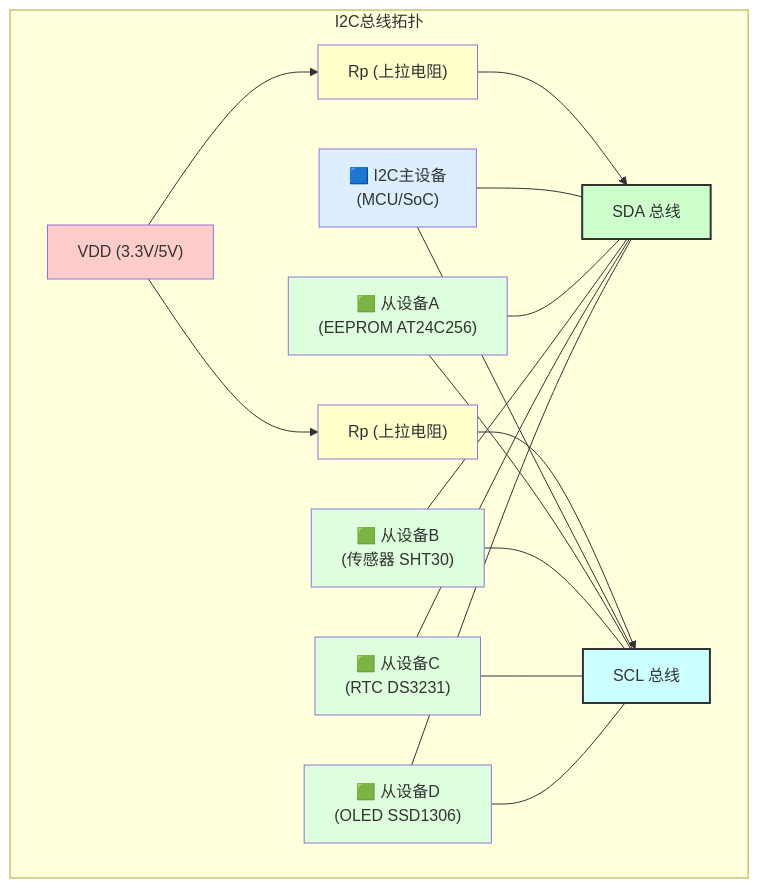
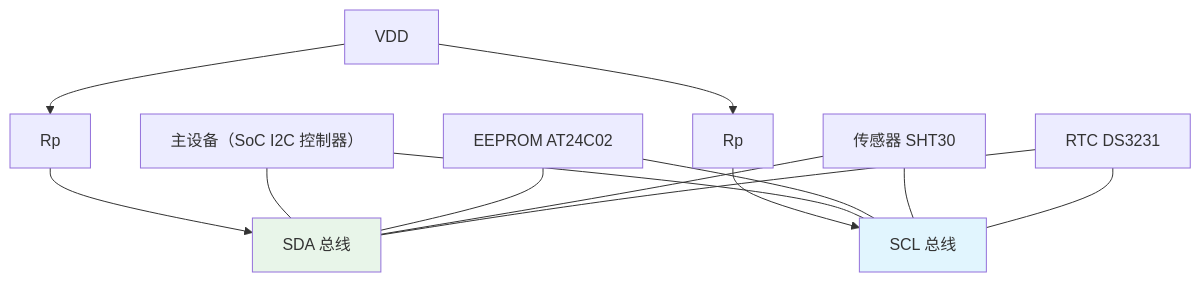
Before and after one commit to xiaohong0925/Embedded_Knowledge_System_V2026: the diagram in docs/B. 总线协议/A. 低速外设接口/B-A.2.1_I2C物理层与电气特性.md, drawn with Mermaid. The commit also changed other lines of this file and 23 other files, not shown here.

````diff
--- a/docs/B. 总线协议/A. 低速外设接口/B-A.2.1_I2C物理层与电气特性.md
+++ b/docs/B. 总线协议/A. 低速外设接口/B-A.2.1_I2C物理层与电气特性.md
@@ -56,41 +48,16 @@
 ```mermaid
 graph TD
-    subgraph "I2C总线拓扑"
-        VDD["VDD (3.3V/5V)"]
-        Rp1["Rp (上拉电阻)"]
-        Rp2["Rp (上拉电阻)"]
-        SDA_BUS["SDA 总线"]
-        SCL_BUS["SCL 总线"]
+    VDD["VDD"] --> RP1["Rp"] --> SDA["SDA 总线"]
+    VDD --> RP2["Rp"] --> SCL["SCL 总线"]
+    M["主设备（SoC I2C 控制器）"] --- SDA
+    M --- SCL
+    S1["EEPROM AT24C02"] --- SDA
+    S1 --- SCL
+    S2["传感器 SHT30"] --- SDA
+    S2 --- SCL
+    S3["RTC DS3231"] --- SDA
+    S3 --- SCL
 
-        VDD --> Rp1 --> SDA_BUS
-        VDD --> Rp2 --> SCL_BUS
-
-        MASTER["🟦 I2C主设备<br/>(MCU/SoC)"]
-        SLAVE1["🟩 从设备A<br/>(EEPROM AT24C256)"]
-        SLAVE2["🟩 从设备B<br/>(传感器 SHT30)"]
-        SLAVE3["🟩 从设备C<br/>(RTC DS3231)"]
-        SLAVE4["🟩 从设备D<br/>(OLED SSD1306)"]
-
-        MASTER --- SDA_BUS
-        MASTER --- SCL_BUS
-        SLAVE1 --- SDA_BUS
-        SLAVE1 --- SCL_BUS
-        SLAVE2 --- SDA_BUS
-        SLAVE2 --- SCL_BUS
-        SLAVE3 --- SDA_BUS
-        SLAVE3 --- SCL_BUS
-        SLAVE4 --- SDA_BUS
-        SLAVE4 --- SCL_BUS
-    end
-
-    style VDD fill:#ffcccc
-    style Rp1 fill:#ffffcc
-    style Rp2 fill:#ffffcc
-    style SDA_BUS fill:#ccffcc,stroke:#333,stroke-width:2px
-    style SCL_BUS fill:#ccffff,stroke:#333,stroke-width:2px
-    style MASTER fill:#ddeeff
-    style SLAVE1 fill:#ddffdd
-    style SLAVE2 fill:#ddffdd
-    style SLAVE3 fill:#ddffdd
-    style SLAVE4 fill:#ddffdd
+    style SDA fill:#e8f5e9
+    style SCL fill:#e1f5fe
 ```
````
